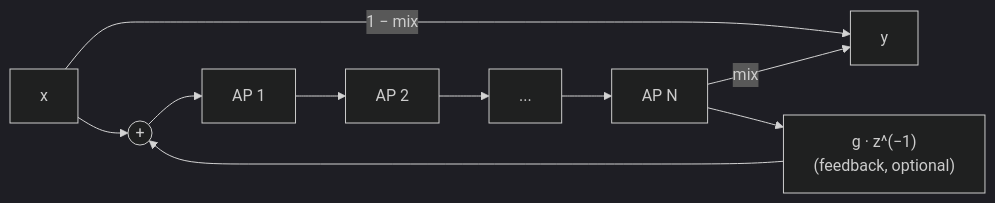
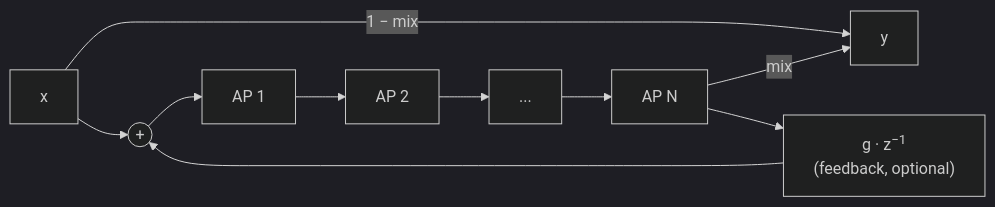
The fifth of 5 diagrams in lessons/10-modulation/README.md (TomHsieh300/DAW-for-fun), drawn with Mermaid (dark theme) before and after one commit. The commit also changed other lines of this file and 19 other files, not shown here.

First line of the commit message:
lessons: typeset subscripts and superscripts in Mermaid labels

````diff
--- a/lessons/10-modulation/README.md
+++ b/lessons/10-modulation/README.md
@@ -390,8 +390,8 @@
 ```mermaid
 flowchart LR
     X["x"] -->|"1 − mix"| Y["y"]
     X --> ADD(("#43;")) --> AP1["AP 1"] --> AP2["AP 2"] --> APD["..."] --> APN["AP N"]
     APN -->|"mix"| Y
-    APN --> FB["g · z^(−1)<br/>(feedback, optional)"]
+    APN --> FB["g · z<sup>−1</sup><br/>(feedback, optional)"]
     FB --> ADD
 ```
````
